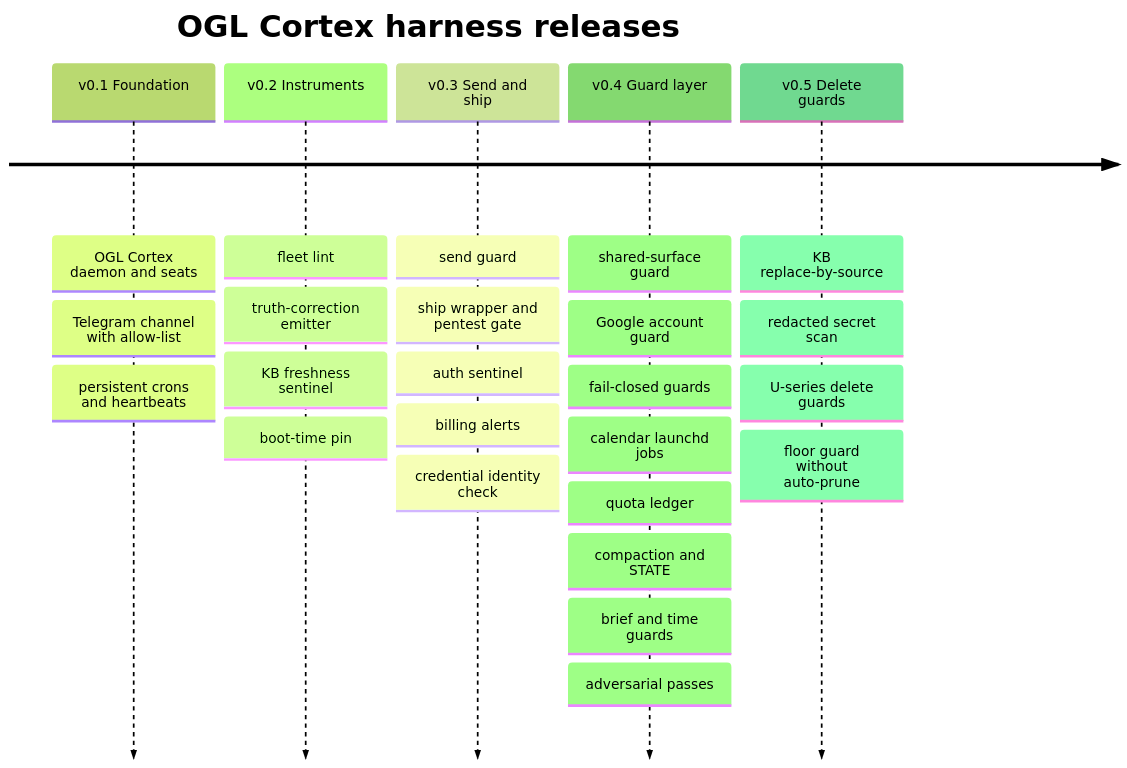
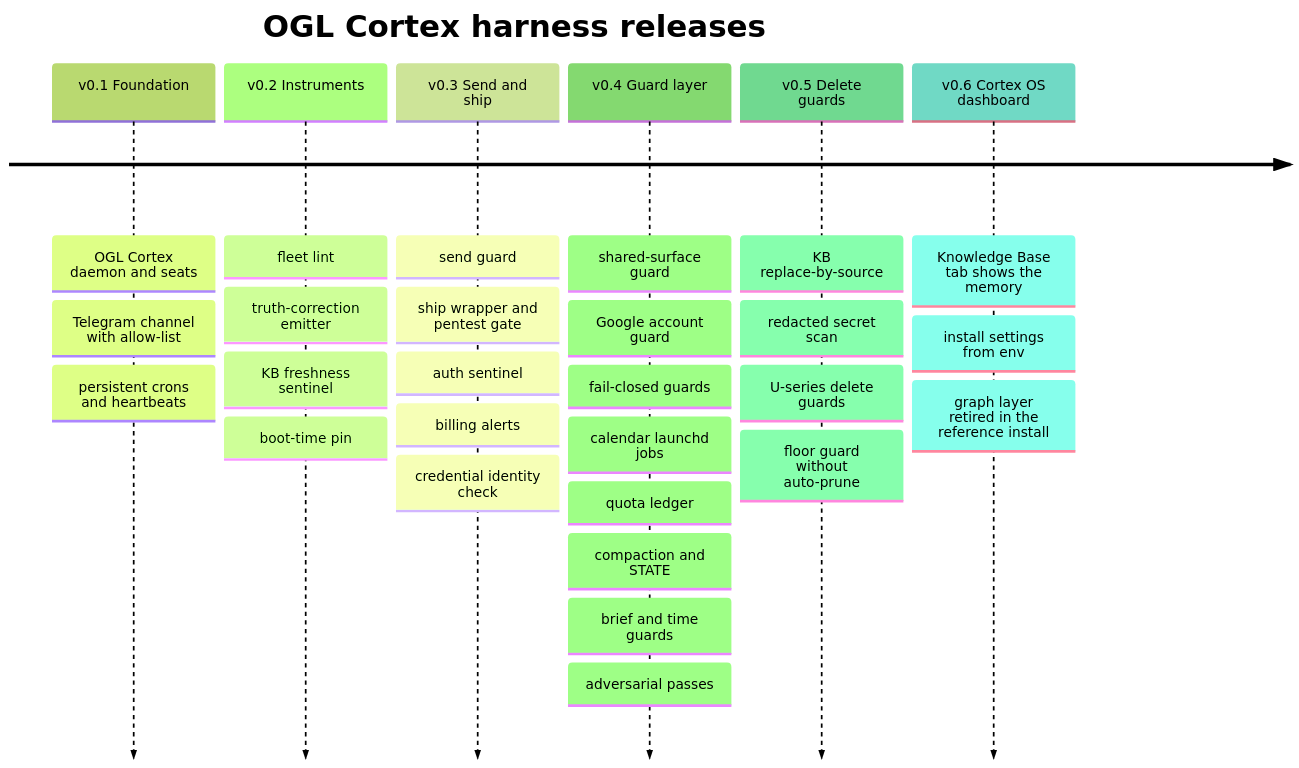
Before and after one commit to nicoreincarnate-oss/ogl-cortex: the diagram in docs/34-changelog.md, drawn with Mermaid (forest theme). The commit also changed other lines of this file and 6 other files, not shown here.

First line of the commit message:
Docs: memory read order, Knowledge Base tab, graph layer retired

````diff
--- a/docs/34-changelog.md
+++ b/docs/34-changelog.md
@@ -13,9 +13,10 @@
 ```mermaid
 timeline
     title OGL Cortex harness releases
     v0.1 Foundation : OGL Cortex daemon and seats : Telegram channel with allow-list : persistent crons and heartbeats
     v0.2 Instruments : fleet lint : truth-correction emitter : KB freshness sentinel : boot-time pin
     v0.3 Send and ship : send guard : ship wrapper and pentest gate : auth sentinel : billing alerts : credential identity check
     v0.4 Guard layer : shared-surface guard : Google account guard : fail-closed guards : calendar launchd jobs : quota ledger : compaction and STATE : brief and time guards : adversarial passes
     v0.5 Delete guards : KB replace-by-source : redacted secret scan : U-series delete guards : floor guard without auto-prune
+    v0.6 Cortex OS dashboard : Knowledge Base tab shows the memory : install settings from env : graph layer retired in the reference install
 ```
````
